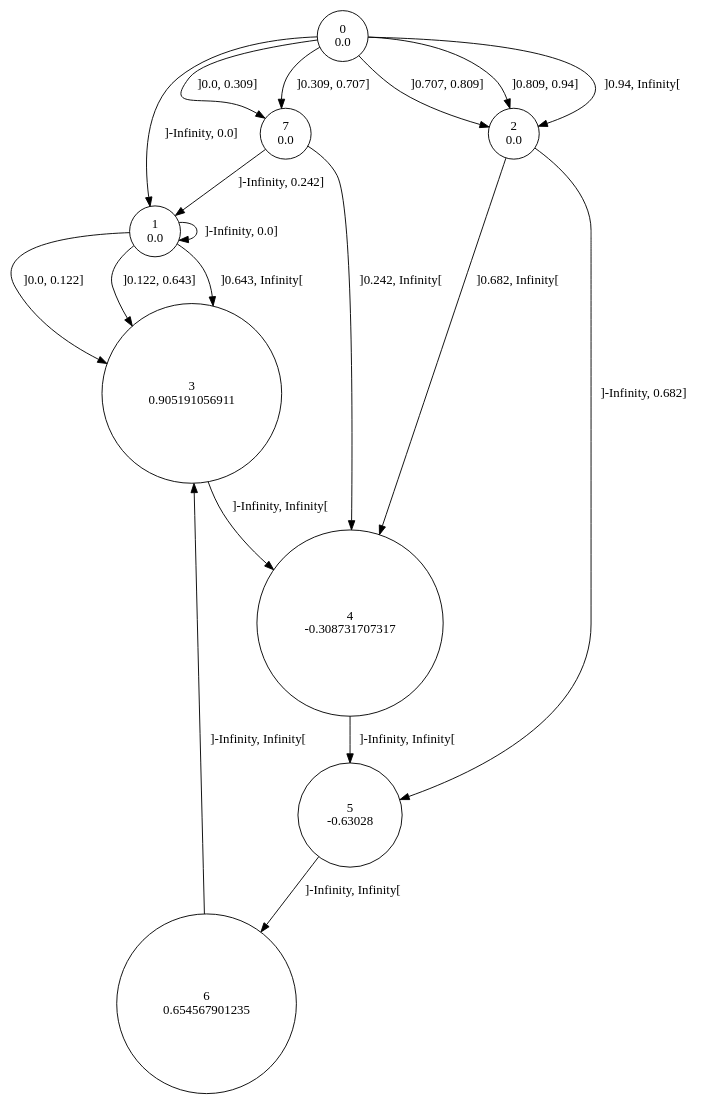
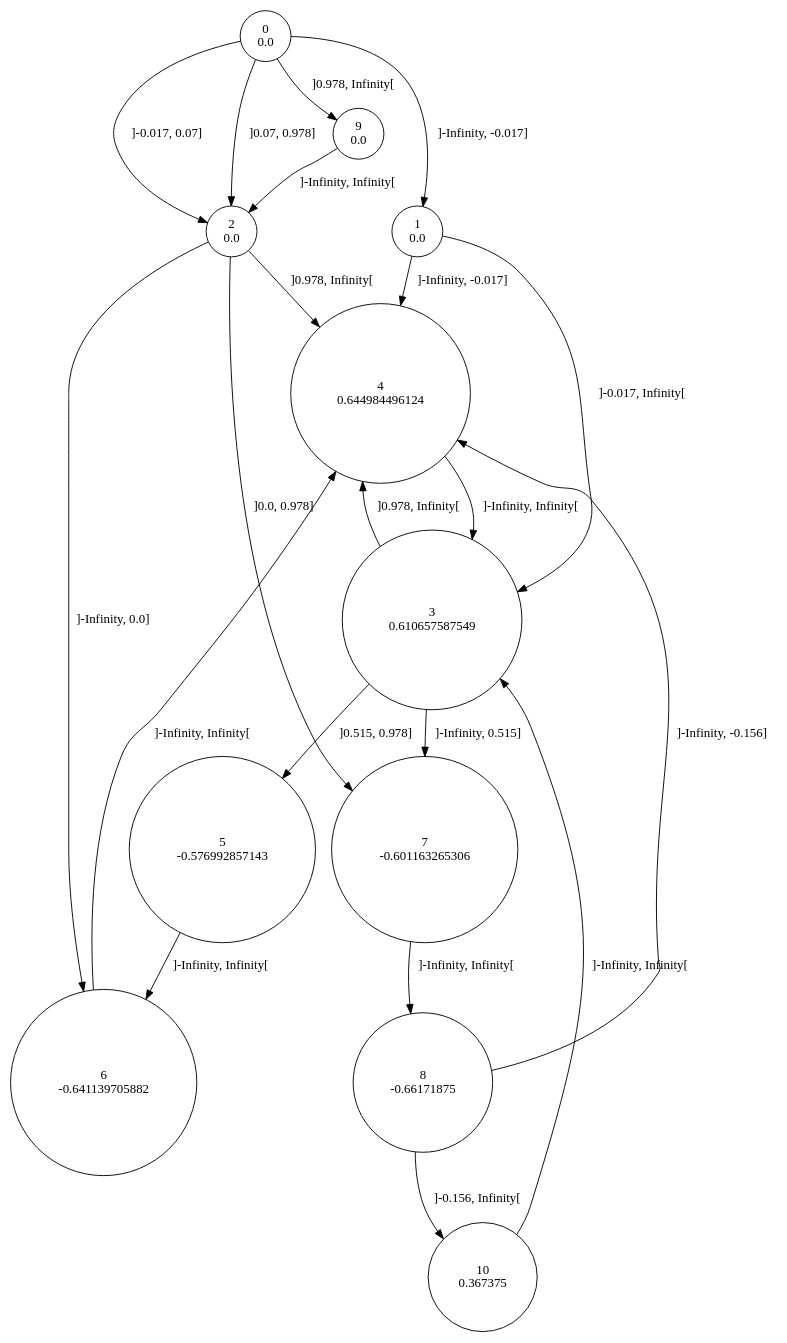
The diagram in distorced_sinus/data/5/rtitm.dot (gllpellegrino/RAI_experiments), drawn with Graphviz before and after one commit. The commit also changed 810 other files, not shown here.

```diff
--- a/distorced_sinus/data/5/rtitm.dot
+++ b/distorced_sinus/data/5/rtitm.dot
@@ -1,28 +1,33 @@
 digraph a {
 0 [shape=circle, label="0\n0.0"];
-	0 -> 1 [label="]-Infinity, 0.0]"];
-	0 -> 7 [label="]0.0, 0.309]"];
-	0 -> 7 [label="]0.309, 0.707]"];
-	0 -> 2 [label="]0.707, 0.809]"];
-	0 -> 2 [label="]0.809, 0.94]"];
-	0 -> 2 [label="]0.94, Infinity["];
+	0 -> 1 [label="]-Infinity, -0.017]"];
+	0 -> 2 [label="]-0.017, 0.07]"];
+	0 -> 2 [label="]0.07, 0.978]"];
+	0 -> 9 [label="]0.978, Infinity["];
 1 [shape=circle, label="1\n0.0"];
-	1 -> 1 [label="]-Infinity, 0.0]"];
-	1 -> 3 [label="]0.0, 0.122]"];
-	1 -> 3 [label="]0.122, 0.643]"];
-	1 -> 3 [label="]0.643, Infinity["];
+	1 -> 4 [label="]-Infinity, -0.017]"];
+	1 -> 3 [label="]-0.017, Infinity["];
 2 [shape=circle, label="2\n0.0"];
-	2 -> 5 [label="]-Infinity, 0.682]"];
-	2 -> 4 [label="]0.682, Infinity["];
-3 [shape=circle, label="3\n0.905191056911"];
-	3 -> 4 [label="]-Infinity, Infinity["];
-4 [shape=circle, label="4\n-0.308731707317"];
-	4 -> 5 [label="]-Infinity, Infinity["];
-5 [shape=circle, label="5\n-0.63028"];
+	2 -> 6 [label="]-Infinity, 0.0]"];
+	2 -> 7 [label="]0.0, 0.978]"];
+	2 -> 4 [label="]0.978, Infinity["];
+3 [shape=circle, label="3\n0.610657587549"];
+	3 -> 7 [label="]-Infinity, 0.515]"];
+	3 -> 5 [label="]0.515, 0.978]"];
+	3 -> 4 [label="]0.978, Infinity["];
+4 [shape=circle, label="4\n0.644984496124"];
+	4 -> 3 [label="]-Infinity, Infinity["];
+5 [shape=circle, label="5\n-0.576992857143"];
 	5 -> 6 [label="]-Infinity, Infinity["];
-6 [shape=circle, label="6\n0.654567901235"];
-	6 -> 3 [label="]-Infinity, Infinity["];
-7 [shape=circle, label="7\n0.0"];
-	7 -> 1 [label="]-Infinity, 0.242]"];
-	7 -> 4 [label="]0.242, Infinity["];
+6 [shape=circle, label="6\n-0.641139705882"];
+	6 -> 4 [label="]-Infinity, Infinity["];
+7 [shape=circle, label="7\n-0.601163265306"];
+	7 -> 8 [label="]-Infinity, Infinity["];
+8 [shape=circle, label="8\n-0.66171875"];
+	8 -> 4 [label="]-Infinity, -0.156]"];
+	8 -> 10 [label="]-0.156, Infinity["];
+9 [shape=circle, label="9\n0.0"];
+	9 -> 2 [label="]-Infinity, Infinity["];
+10 [shape=circle, label="10\n0.367375"];
+	10 -> 3 [label="]-Infinity, Infinity["];
 }
```
